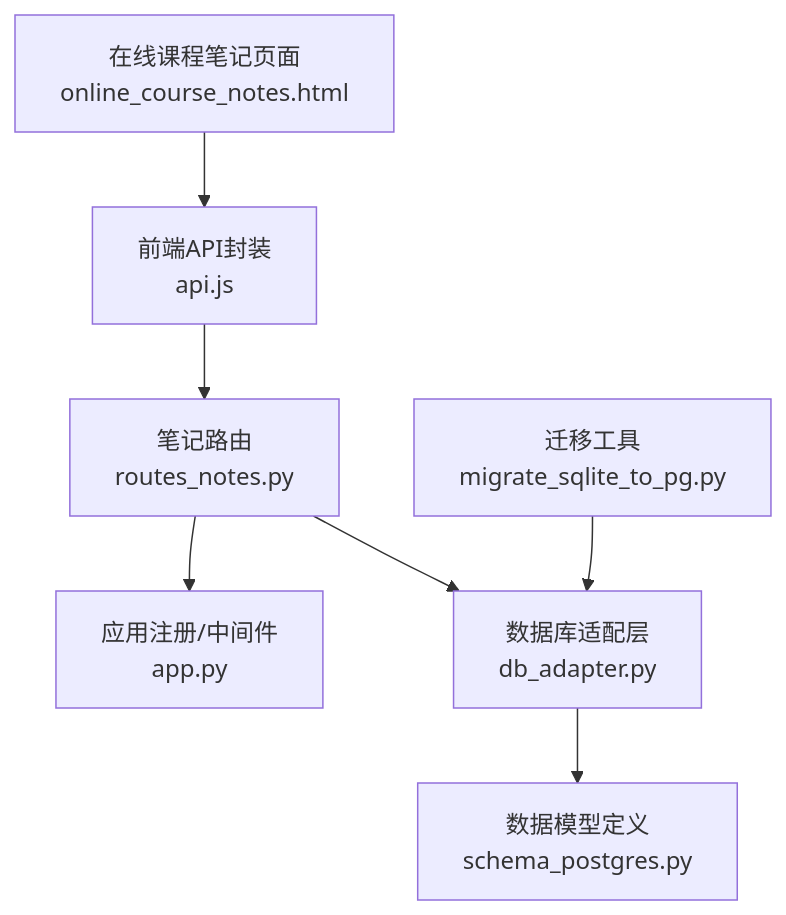
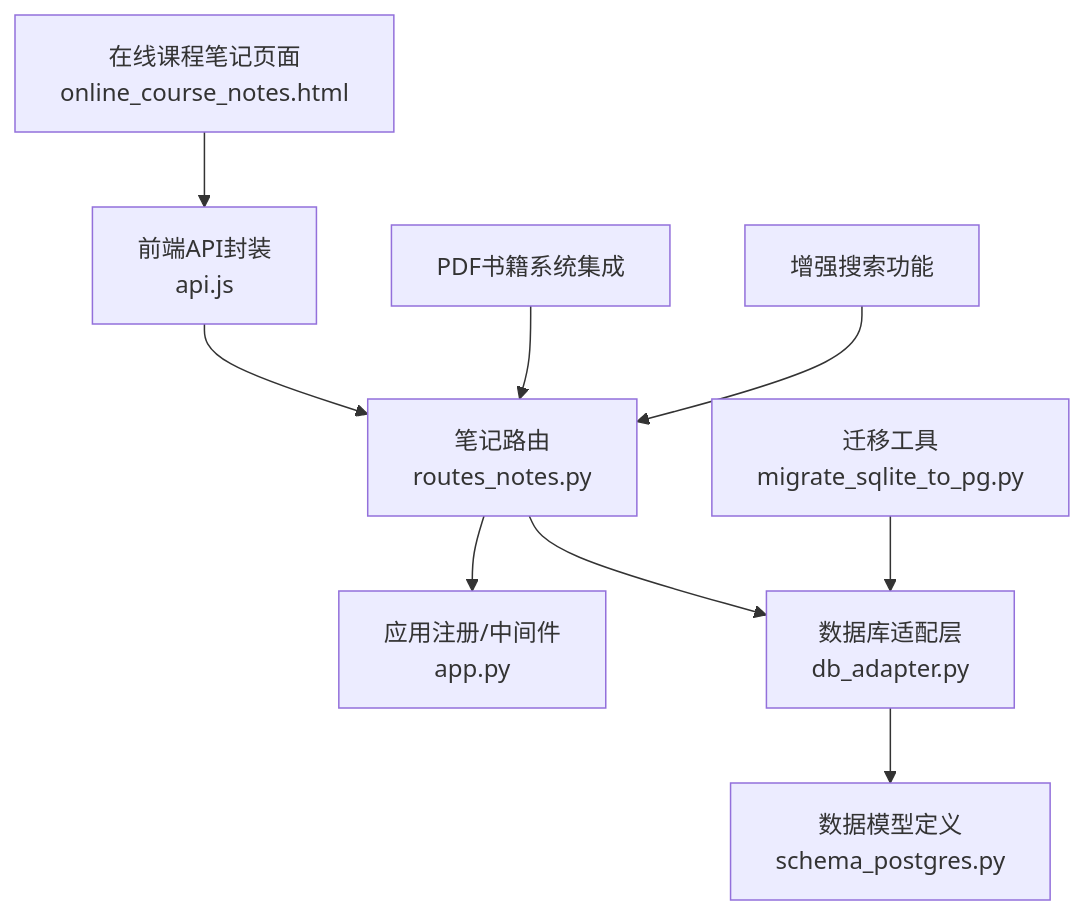
Before and after one commit to abokyoy/LectureLearnLoop: the first of 12 diagrams in .qoder/repowiki/zh/content/后端架构/路由设计/笔记管理路由.md, drawn with Mermaid. The commit also changed other lines of this file and 91 other files, not shown here.

````diff
--- a/.qoder/repowiki/zh/content/后端架构/路由设计/笔记管理路由.md
+++ b/.qoder/repowiki/zh/content/后端架构/路由设计/笔记管理路由.md
@@ -48,9 +56,11 @@
 ```mermaid
 graph TB
 UI["在线课程笔记页面<br/>online_course_notes.html"] --> FE_API["前端API封装<br/>api.js"]
 FE_API --> BE_ROUTES["笔记路由<br/>routes_notes.py"]
 BE_ROUTES --> APP["应用注册/中间件<br/>app.py"]
 BE_ROUTES --> DB_ADAPTER["数据库适配层<br/>db_adapter.py"]
 DB_ADAPTER --> SCHEMA["数据模型定义<br/>schema_postgres.py"]
 TOOLS["迁移工具<br/>migrate_sqlite_to_pg.py"] --> DB_ADAPTER
+PDF_INTEGRATION["PDF书籍系统集成"] --> BE_ROUTES
+ENHANCED_SEARCH["增强搜索功能"] --> BE_ROUTES
 ```
````
